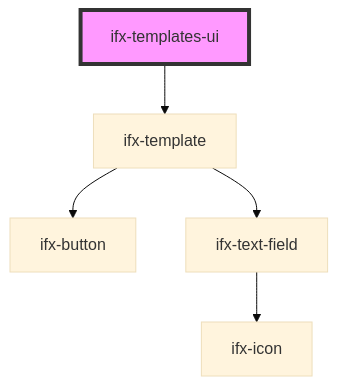
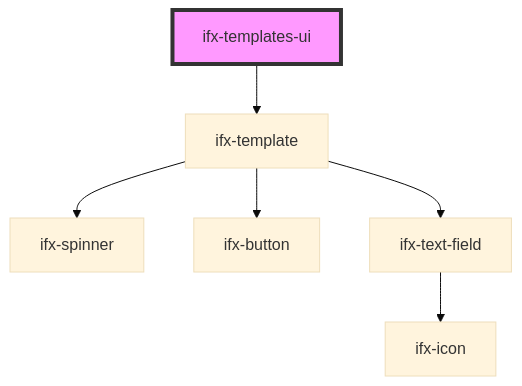
Before and after one commit to Infineon/infineon-design-system-stencil: the diagram in packages/components/src/components/templates/templates-ui/readme.md, drawn with Mermaid (base theme). The commit also changed 5 other files, not shown here.

````diff
--- a/packages/components/src/components/templates/templates-ui/readme.md
+++ b/packages/components/src/components/templates/templates-ui/readme.md
@@ -15,8 +15,9 @@
 ```mermaid
 graph TD;
   ifx-templates-ui --> ifx-template
+  ifx-template --> ifx-spinner
   ifx-template --> ifx-button
   ifx-template --> ifx-text-field
   ifx-text-field --> ifx-icon
   style ifx-templates-ui fill:#f9f,stroke:#333,stroke-width:4px
 ```
````
